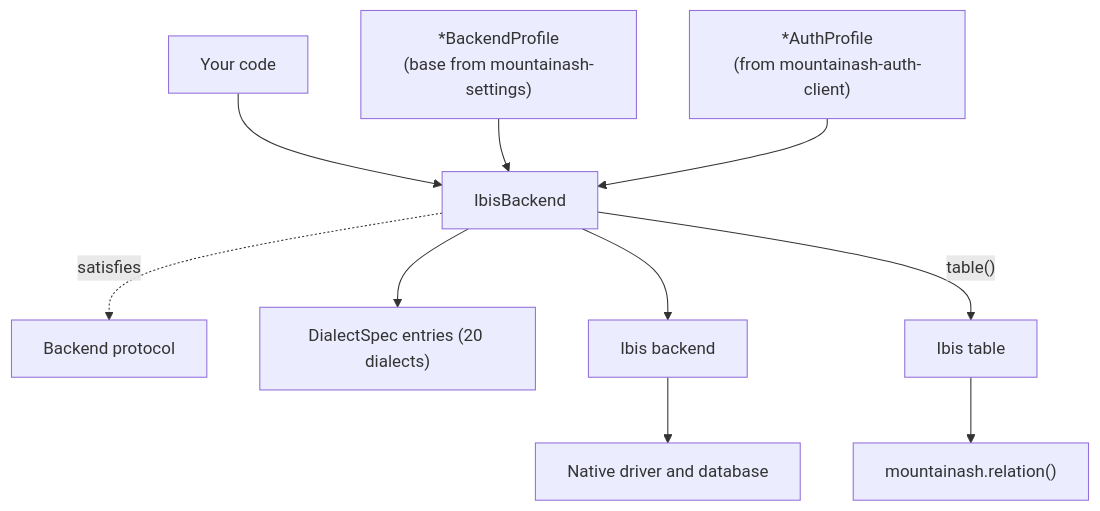
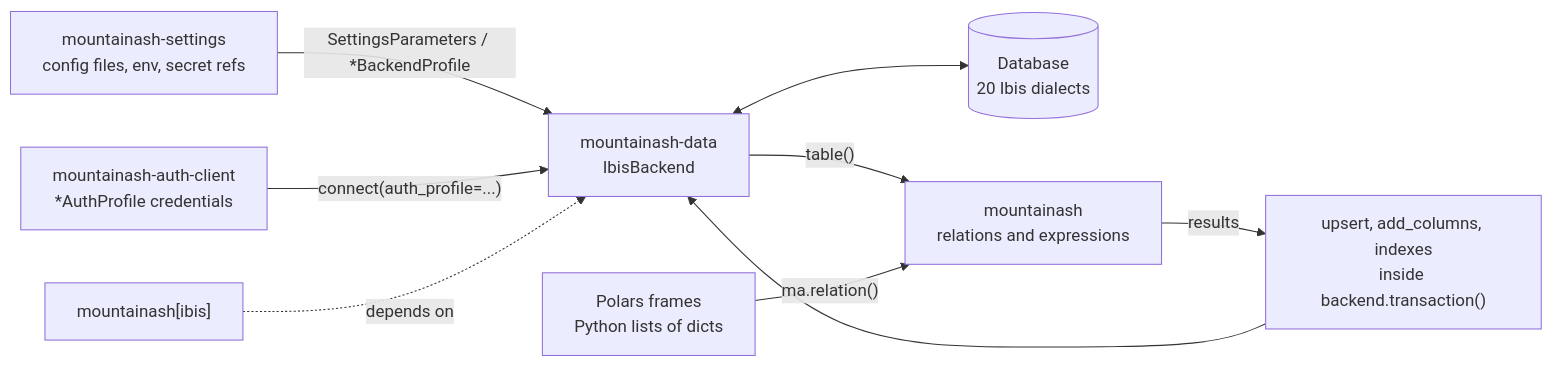
The diagram in docs-site/site/docs/chapters/01-mountainash-data-in-the-ecosystem/index.md (mountainash-io/mountainash-data), drawn with Mermaid before and after one commit. The commit also changed other lines of this file and 22 other files, not shown here.

````diff
--- a/docs-site/site/docs/chapters/01-mountainash-data-in-the-ecosystem/index.md
+++ b/docs-site/site/docs/chapters/01-mountainash-data-in-the-ecosystem/index.md
@@ -67,12 +172,11 @@
 ```mermaid
-flowchart TB
-  app["Your code"] --> ib["IbisBackend"]
-  ib -.->|"satisfies"| proto["Backend protocol"]
-  ib --> spec["DialectSpec entries (20 dialects)"]
-  settings["*BackendProfile<br/>(base from mountainash-settings)"] --> ib
-  auth["*AuthProfile<br/>(from mountainash-auth-client)"] --> ib
-  ib --> ibis["Ibis backend"]
-  ibis --> driver["Native driver and database"]
-  ib -->|"table()"| expr["Ibis table"]
-  expr --> rel["mountainash.relation()"]
+flowchart LR
+  settings["mountainash-settings<br/>config files, env, secret refs"] -->|"SettingsParameters / *BackendProfile"| ib
+  auth["mountainash-auth-client<br/>*AuthProfile credentials"] -->|"connect(auth_profile=...)"| ib
+  ib["mountainash-data<br/>IbisBackend"] <--> db[("Database<br/>20 Ibis dialects")]
+  ib -->|"table()"| rel
+  local["Polars frames<br/>Python lists of dicts"] -->|"ma.relation()"| rel
+  rel["mountainash<br/>relations and expressions"] -->|"results"| writes["upsert, add_columns, indexes<br/>inside backend.transaction()"]
+  writes --> ib
+  maibis["mountainash[ibis]"] -.->|"depends on"| ib
 ```
````
